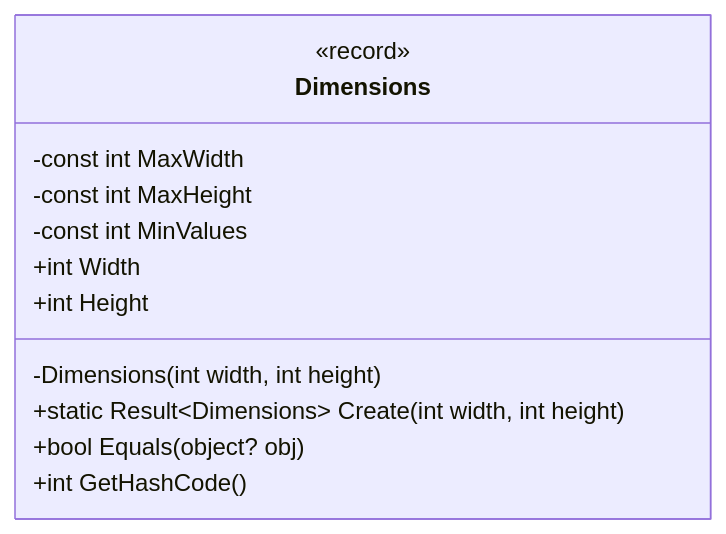
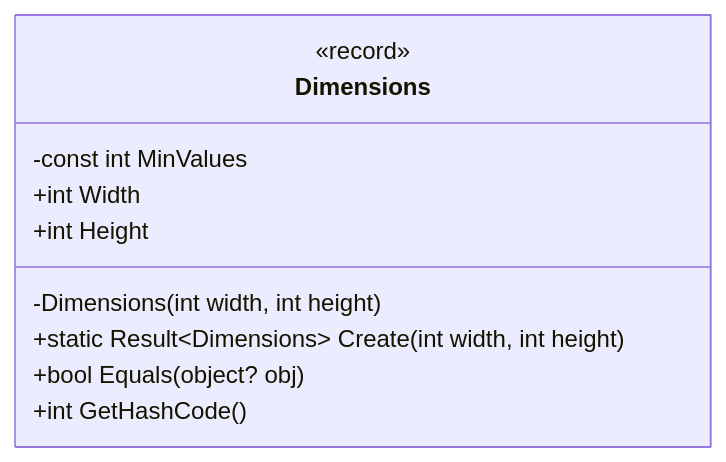
One commit to college-top-vrn/PhotoCatalog changed the diagram in docs/diagrams/domain/ValueObject.md. Above: the diagram before and after it, drawn with Mermaid.

````diff
--- a/docs/diagrams/domain/ValueObject.md
+++ b/docs/diagrams/domain/ValueObject.md
@@ -1,15 +1,13 @@
 ```mermaid
 classDiagram
     class Dimensions {
         <<record>>
-        -const int MaxWidth
-        -const int MaxHeight
         -const int MinValues
         +int Width
         +int Height
         -Dimensions(int width, int height)
         +static Result~Dimensions~ Create(int width, int height)
         +bool Equals(object? obj)
         +int GetHashCode()
     }
 ```
````
